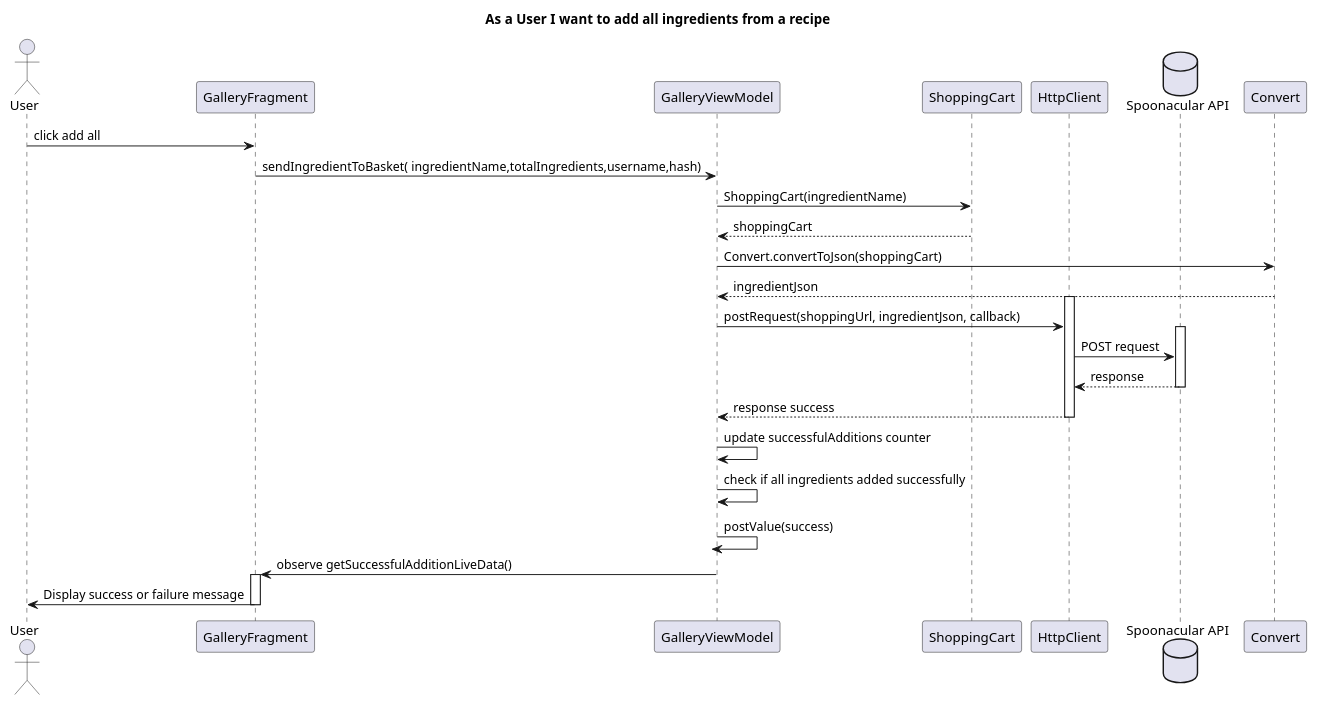
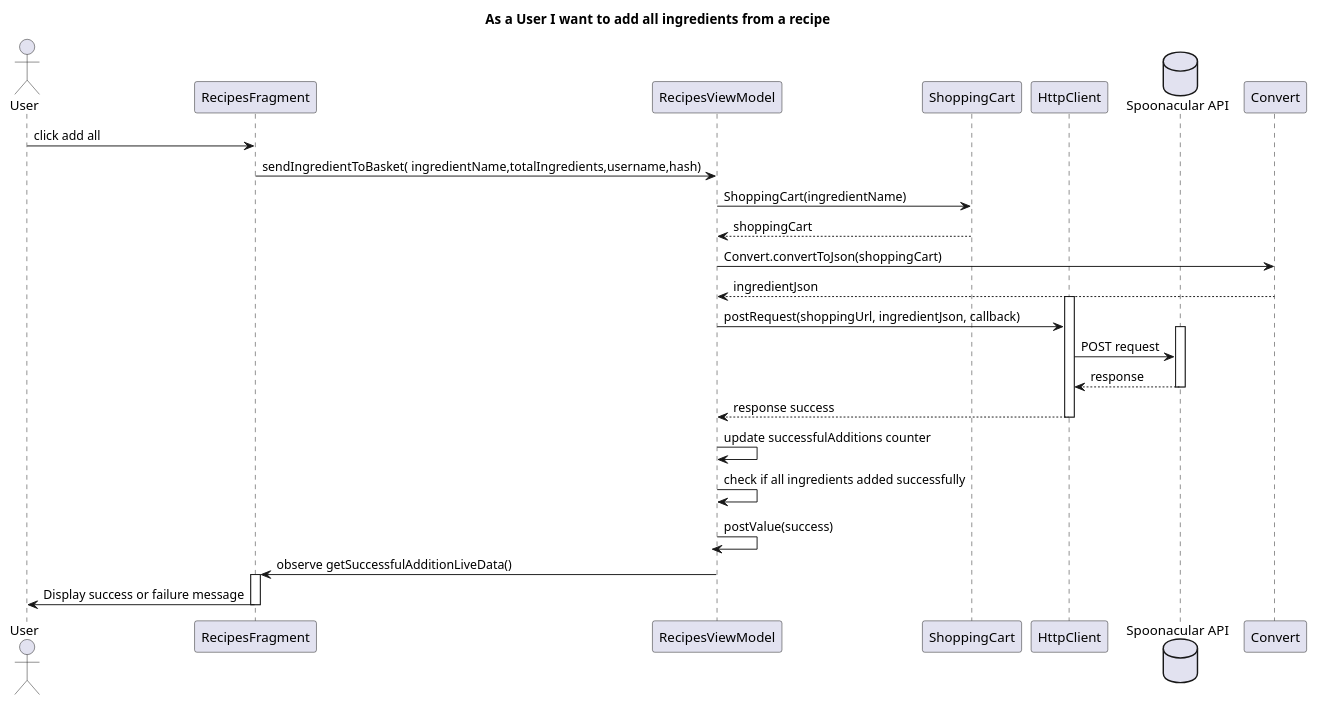
Before and after one commit to IsepMartimOliveira/DSSMV_ProjectDroid_1181754: the diagram in Documents/US/US04/SD.puml, drawn with PlantUML. The commit also changed 9 other files, not shown here.

```diff
--- a/Documents/US/US04/SD.puml
+++ b/Documents/US/US04/SD.puml
@@ -1,38 +1,38 @@
 @startuml
 title As a User I want to add all ingredients from a recipe
 actor User as User
-participant "GalleryFragment" as GalleryFragment
-participant "GalleryViewModel" as GalleryViewModel
+participant "RecipesFragment" as GalleryFragment
+participant "RecipesViewModel" as GalleryViewModel
 participant "ShoppingCart" as ShoppingCart
 participant "HttpClient" as HttpClient
 database "Spoonacular API" as Server
 participant "Convert" as Convert
 
 User -> GalleryFragment: click add all
 GalleryFragment -> GalleryViewModel: sendIngredientToBasket( ingredientName,totalIngredients,username,hash)
 GalleryViewModel->ShoppingCart:ShoppingCart(ingredientName)
 ShoppingCart-->GalleryViewModel: shoppingCart
 GalleryViewModel->Convert:Convert.convertToJson(shoppingCart)
 Convert-->GalleryViewModel:ingredientJson
 
 activate HttpClient
 
 GalleryViewModel -> HttpClient: postRequest(shoppingUrl, ingredientJson, callback)
 activate Server
 
 HttpClient->Server:POST request
 Server-->"HttpClient":response
 
 deactivate Server
 HttpClient --> GalleryViewModel: response success
 deactivate HttpClient
 GalleryViewModel -> GalleryViewModel: update successfulAdditions counter
 GalleryViewModel -> GalleryViewModel: check if all ingredients added successfully
 GalleryViewModel -> GalleryViewModel: postValue(success)
 deactivate GalleryViewModel
 GalleryViewModel -> GalleryFragment: observe getSuccessfulAdditionLiveData()
 activate GalleryFragment
 GalleryFragment -> User: Display success or failure message
 deactivate GalleryFragment
 
 @enduml
```
